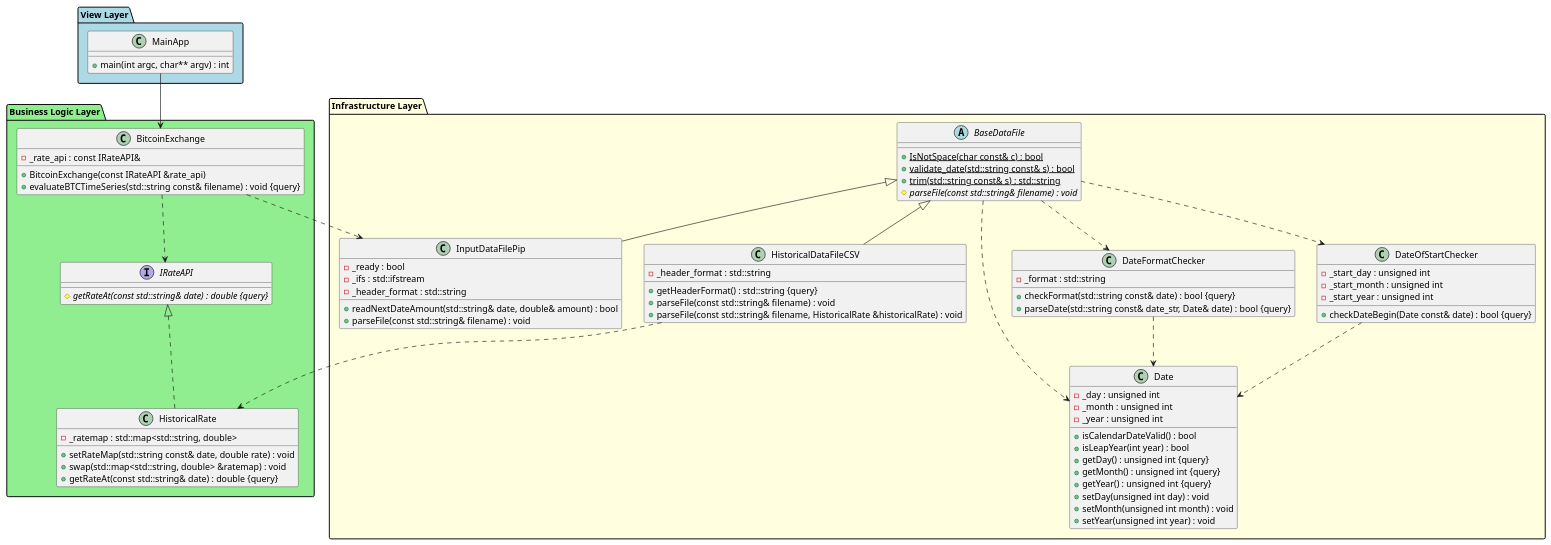
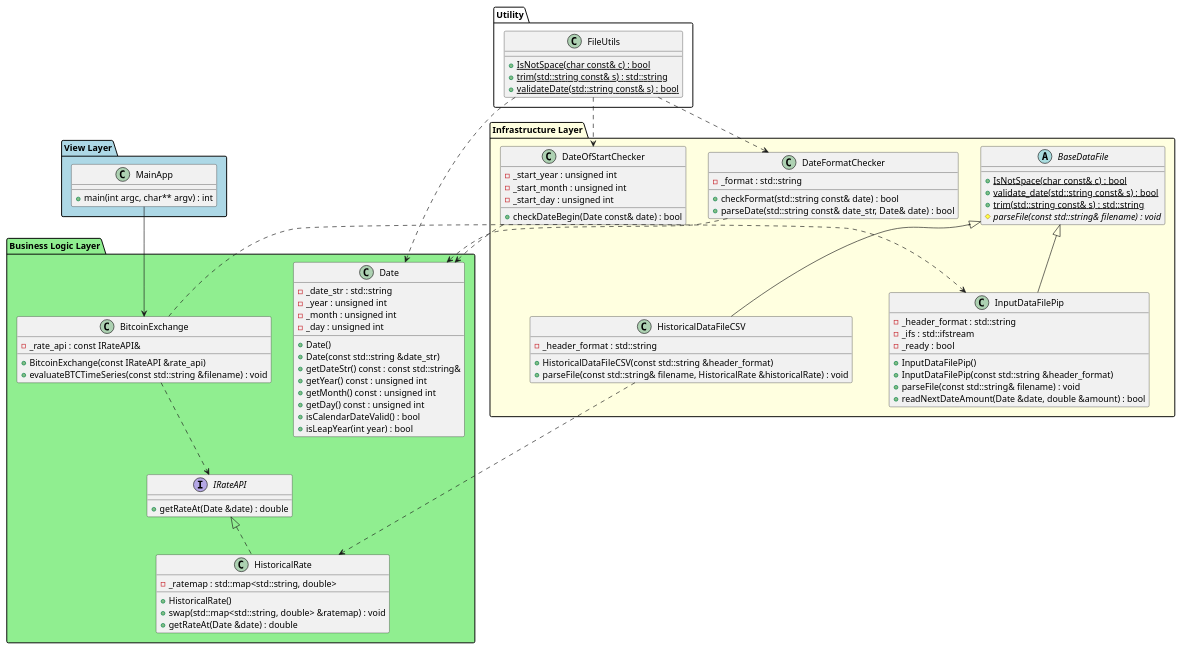
The diagram in ex00/btc.puml (ra121e/cpp09), drawn with PlantUML before and after one commit. The commit also changed 2 other files, not shown here.

Commit message:
ex00) doc: update class and sequence diagram

```diff
--- a/ex00/btc.puml
+++ b/ex00/btc.puml
@@ -1,108 +1,106 @@
 @startuml btc
-
-' Objects grouped into 3-layer packages '
 
 package "View Layer" #LightBlue {
     class MainApp {
         +main(int argc, char** argv) : int
     }
 }
 
 package "Business Logic Layer" #LightGreen {
     class BitcoinExchange {
         +BitcoinExchange(const IRateAPI &rate_api)
         -_rate_api : const IRateAPI&
-        +evaluateBTCTimeSeries(std::string const& filename) : void {query}
+        +evaluateBTCTimeSeries(const std::string &filename) : void
+    }
+
+    interface IRateAPI {
+        +getRateAt(Date &date) : double
     }
 
     class HistoricalRate {
         -_ratemap : std::map<std::string, double>
-        +setRateMap(std::string const& date, double rate) : void
+        +HistoricalRate()
         +swap(std::map<std::string, double> &ratemap) : void
-        +getRateAt(const std::string& date) : double {query}
+        +getRateAt(Date &date) : double
     }
 
-    interface IRateAPI {
-        #{abstract} getRateAt(const std::string& date) : double {query}
+    class Date {
+        -_date_str : std::string
+        -_year : unsigned int
+        -_month : unsigned int
+        -_day : unsigned int
+        +Date()
+        +Date(const std::string &date_str)
+        +getDateStr() const : const std::string&
+        +getYear() const : unsigned int
+        +getMonth() const : unsigned int
+        +getDay() const : unsigned int
+        +isCalendarDateValid() : bool
+        +isLeapYear(int year) : bool
     }
 }
 
 package "Infrastructure Layer" #LightYellow {
     abstract class BaseDataFile {
         +{static} IsNotSpace(char const& c) : bool
         +{static} validate_date(std::string const& s) : bool
         +{static} trim(std::string const& s) : std::string
         #{abstract} parseFile(const std::string& filename) : void
     }
 
     class HistoricalDataFileCSV {
         -_header_format : std::string
-        +getHeaderFormat() : std::string {query}
-        +parseFile(const std::string& filename) : void
+        +HistoricalDataFileCSV(const std::string &header_format)
         +parseFile(const std::string& filename, HistoricalRate &historicalRate) : void
     }
 
     class InputDataFilePip {
+        -_header_format : std::string
+        -_ifs : std::ifstream
         -_ready : bool
-        +readNextDateAmount(std::string& date, double& amount) : bool
-        -_ifs : std::ifstream
-        -_header_format : std::string
+        +InputDataFilePip()
+        +InputDataFilePip(const std::string &header_format)
         +parseFile(const std::string& filename) : void
-    }
-
-    class Date {
-        +isCalendarDateValid() : bool
-        +isLeapYear(int year) : bool
-        -_day : unsigned int
-        -_month : unsigned int
-        -_year : unsigned int
-        +getDay() : unsigned int {query}
-        +getMonth() : unsigned int {query}
-        +getYear() : unsigned int {query}
-        +setDay(unsigned int day) : void
-        +setMonth(unsigned int month) : void
-        +setYear(unsigned int year) : void
+        +readNextDateAmount(Date &date, double &amount) : bool
     }
 
     class DateFormatChecker {
-        +checkFormat(std::string const& date) : bool {query}
-        +parseDate(std::string const& date_str, Date& date) : bool {query}
         -_format : std::string
+        +checkFormat(std::string const& date) : bool
+        +parseDate(std::string const& date_str, Date& date) : bool
     }
 
     class DateOfStartChecker {
-        +checkDateBegin(Date const& date) : bool {query}
+        -_start_year : unsigned int
+        -_start_month : unsigned int
         -_start_day : unsigned int
-        -_start_month : unsigned int
-        -_start_year : unsigned int
+        +checkDateBegin(Date const& date) : bool
     }
 }
 
-
-' Inheritance relationships '
+package "Utility" #White {
+    class FileUtils {
+        +{static} IsNotSpace(char const& c) : bool
+        +{static} trim(std::string const& s) : std::string
+        +{static} validateDate(std::string const& s) : bool
+    }
+}
 
 BaseDataFile <|-- HistoricalDataFileCSV
 BaseDataFile <|-- InputDataFilePip
 IRateAPI <|.. HistoricalRate
 
-
-' Aggregation / Association '
 BitcoinExchange ..> IRateAPI
+BitcoinExchange ..> InputDataFilePip
 HistoricalDataFileCSV ..> HistoricalRate
 
-' Dependency relationships '
-
-BaseDataFile ..> DateFormatChecker
-BaseDataFile ..> DateOfStartChecker
-BaseDataFile ..> Date
+FileUtils ..> DateFormatChecker
+FileUtils ..> DateOfStartChecker
+FileUtils ..> Date
 
 DateFormatChecker ..> Date
 DateOfStartChecker ..> Date
 
 MainApp --> BitcoinExchange
-BitcoinExchange ..> InputDataFilePip
-
-'-----------------------------------------------
-' Hidden relationships for better layout
 
 @enduml
```
